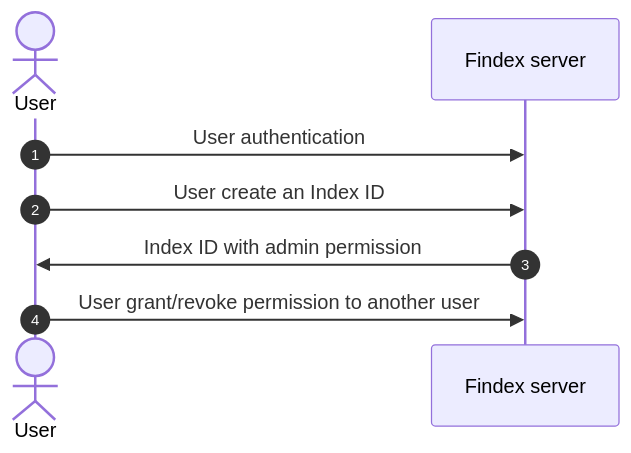
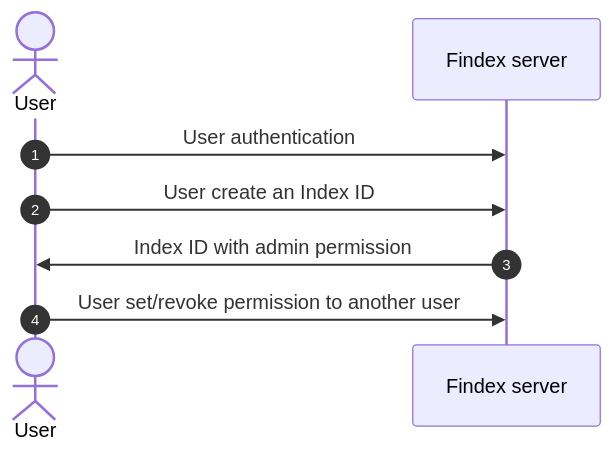
The diagram in documentation/docs/authorization.md (Cosmian/findex-server), drawn with Mermaid before and after one commit. The commit also changed other lines of this file and 14 other files, not shown here.

First line of the commit message:
feat!: update permission management flow, no more mutex (#45)

````diff
--- a/documentation/docs/authorization.md
+++ b/documentation/docs/authorization.md
@@ -18,11 +18,11 @@
 ```mermaid
 sequenceDiagram
   autonumber
   actor User
   participant F as Findex server
 
   User->>F: User authentication
   User->>F: User create an Index ID
   F->>User: Index ID with admin permission
-  User->>F: User grant/revoke permission to another user
+  User->>F: User set/revoke permission to another user
 ```
````
